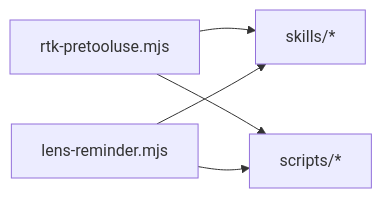
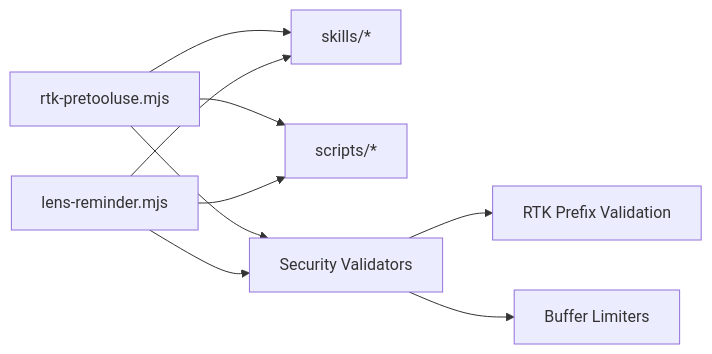
The eighth of 8 diagrams in .qoder/repowiki/en/content/Core Architecture/Hook System Architecture.md (Sherlock-Shi/pi-codex-kit), drawn with Mermaid before and after one commit. The commit also changed other lines of this file and 47 other files, not shown here.

````diff
--- a/.qoder/repowiki/en/content/Core Architecture/Hook System Architecture.md
+++ b/.qoder/repowiki/en/content/Core Architecture/Hook System Architecture.md
@@ -254,7 +336,11 @@
 ```mermaid
 graph LR
 HookA["rtk-pretooluse.mjs"] --> Skills["skills/*"]
 HookB["lens-reminder.mjs"] --> Skills
 HookA --> Scripts["scripts/*"]
 HookB --> Scripts
+HookA --> Security["Security Validators"]
+HookB --> Security
+Security --> Validation["RTK Prefix Validation"]
+Security --> Buffer["Buffer Limiters"]
 ```
````
